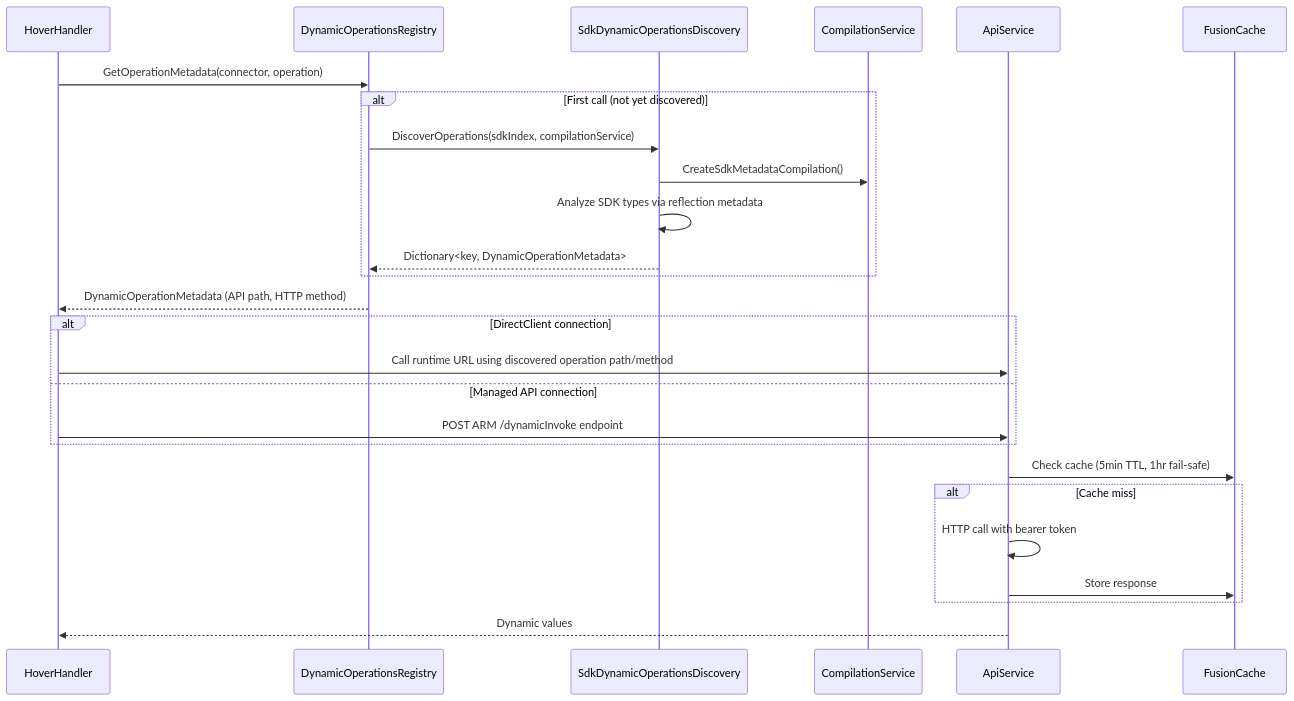
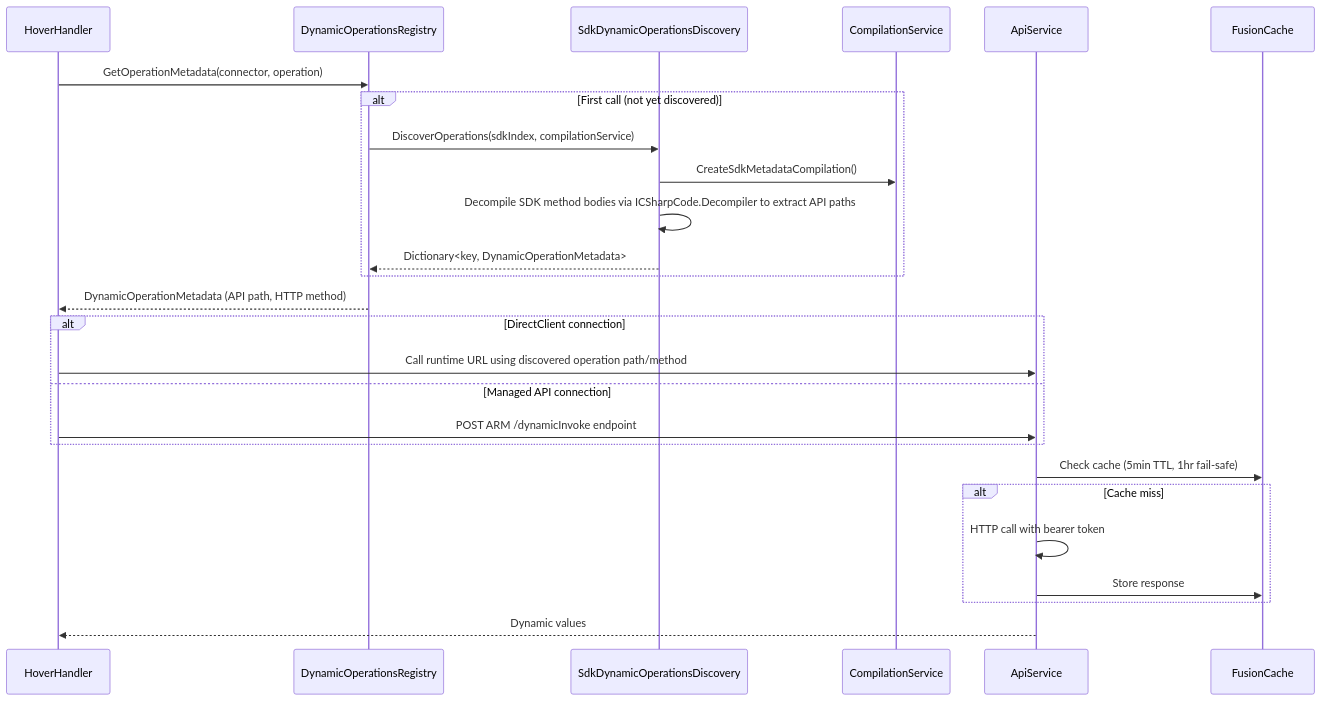
Before and after one commit to Azure/Connectors-NET-LSP: the fifth of 5 diagrams in Docs/architecture.md, drawn with Mermaid. The commit also changed other lines of this file, not shown here.

Commit message:
Address PR feedback round 5: command prefixes, cached dynamic values, decompiler

````diff
--- a/Docs/architecture.md
+++ b/Docs/architecture.md
@@ -195,29 +195,29 @@
 ```mermaid
 sequenceDiagram
     participant HH as HoverHandler
     participant Reg as DynamicOperationsRegistry
     participant Disc as SdkDynamicOperationsDiscovery
     participant CS as CompilationService
     participant API as ApiService
     participant Cache as FusionCache
 
     HH->>Reg: GetOperationMetadata(connector, operation)
     alt First call (not yet discovered)
         Reg->>Disc: DiscoverOperations(sdkIndex, compilationService)
         Disc->>CS: CreateSdkMetadataCompilation()
-        Disc->>Disc: Analyze SDK types via reflection metadata
+        Disc->>Disc: Decompile SDK method bodies via ICSharpCode.Decompiler to extract API paths
         Disc-->>Reg: Dictionary<key, DynamicOperationMetadata>
     end
     Reg-->>HH: DynamicOperationMetadata (API path, HTTP method)
     alt DirectClient connection
         HH->>API: Call runtime URL using discovered operation path/method
     else Managed API connection
         HH->>API: POST ARM /dynamicInvoke endpoint
     end
     API->>Cache: Check cache (5min TTL, 1hr fail-safe)
     alt Cache miss
         API->>API: HTTP call with bearer token
         API->>Cache: Store response
     end
     API-->>HH: Dynamic values
 ```
````
